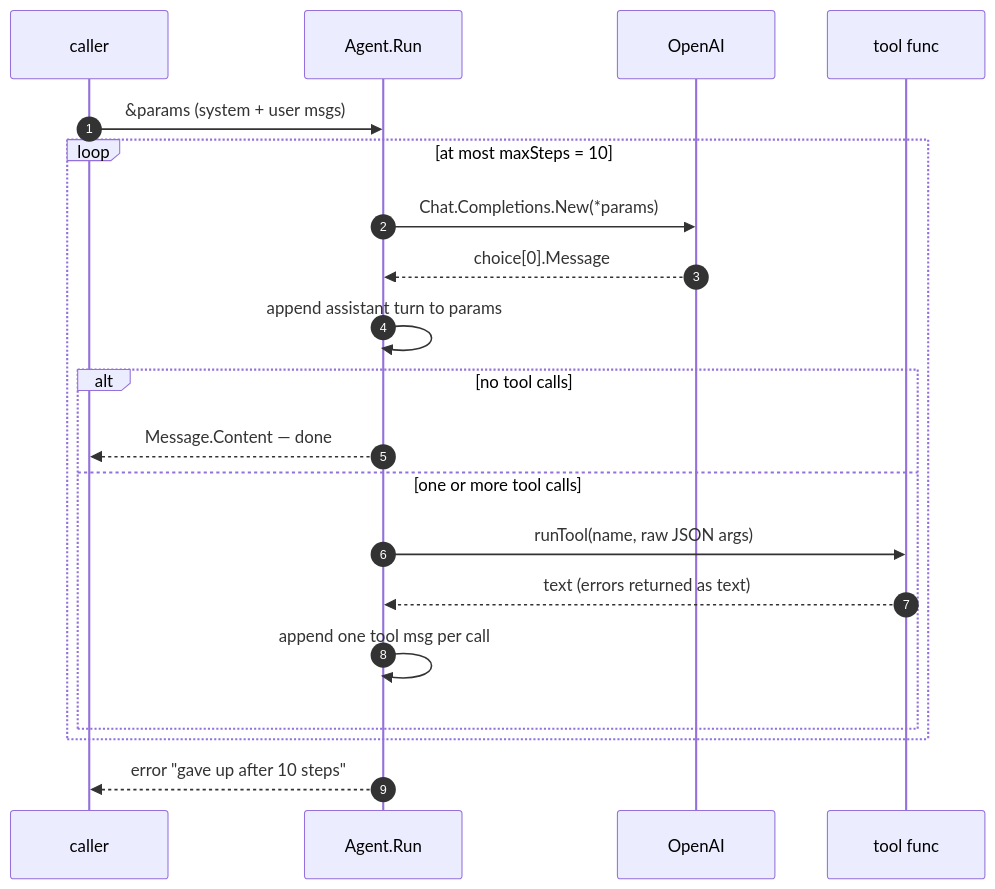
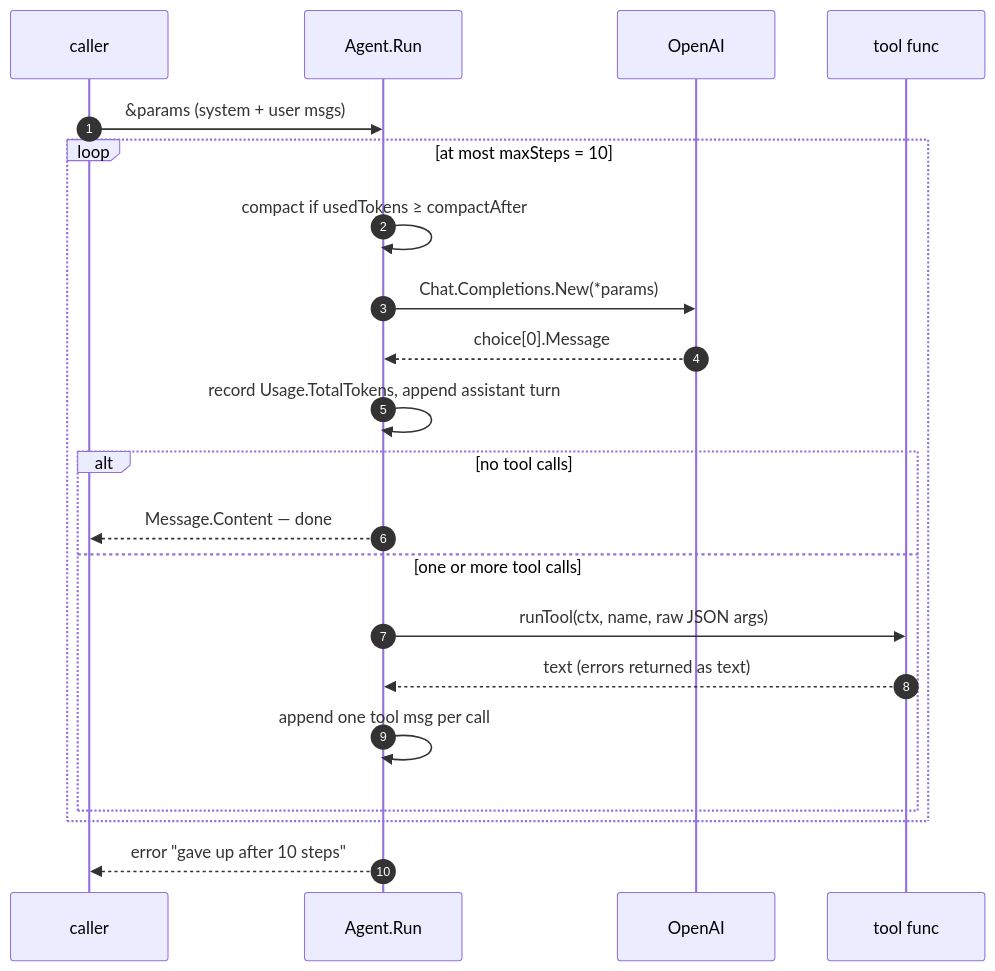
One commit to campoy/gai changed the second of 5 diagrams in ARCHITECTURE.md. Above: the diagram before and after it, drawn with Mermaid. The commit also changed other lines of this file and 2 other files, not shown here.

````diff
--- a/ARCHITECTURE.md
+++ b/ARCHITECTURE.md
@@ -63,23 +69,24 @@
 ```mermaid
 sequenceDiagram
   autonumber
   participant C as caller
   participant R as Agent.Run
   participant M as OpenAI
   participant T as tool func
 
   C->>R: &params (system + user msgs)
   loop at most maxSteps = 10
+    R->>R: compact if usedTokens ≥ compactAfter
     R->>M: Chat.Completions.New(*params)
     M-->>R: choice[0].Message
-    R->>R: append assistant turn to params
+    R->>R: record Usage.TotalTokens, append assistant turn
     alt no tool calls
       R-->>C: Message.Content — done
     else one or more tool calls
-      R->>T: runTool(name, raw JSON args)
+      R->>T: runTool(ctx, name, raw JSON args)
       T-->>R: text (errors returned as text)
       R->>R: append one tool msg per call
     end
   end
   R-->>C: error "gave up after 10 steps"
 ```
````
